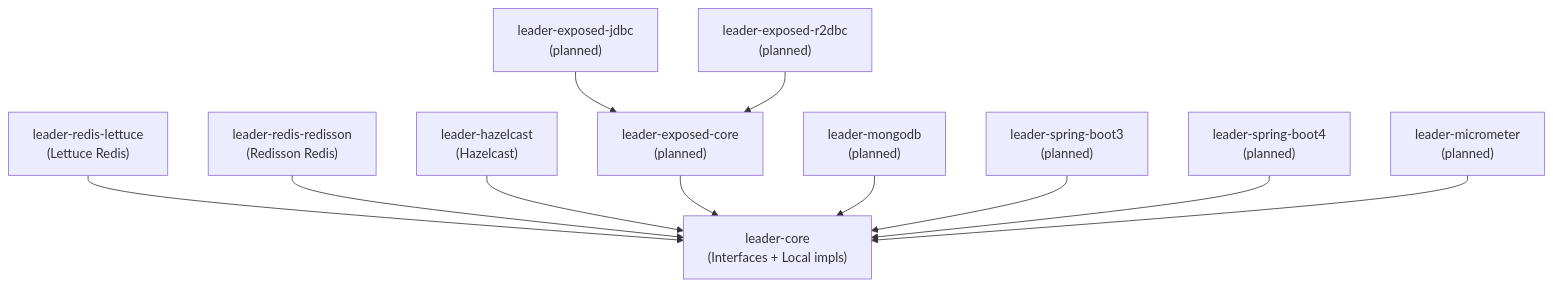
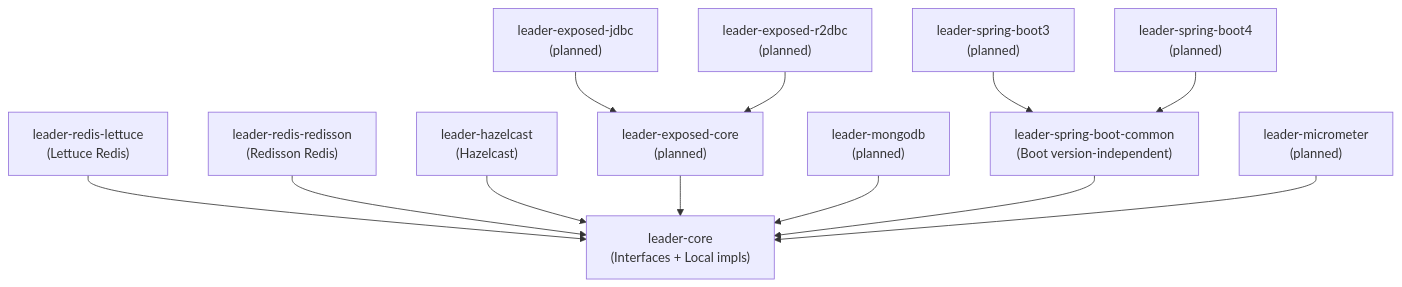
Before and after one commit to bluetape4k/bluetape4k-leader: the first of 3 diagrams in README.md, drawn with Mermaid. The commit also changed other lines of this file and 26 other files, not shown here.

````diff
--- a/README.md
+++ b/README.md
@@ -25,25 +25,27 @@
 ```mermaid
 graph TD
     Core["leader-core\n(Interfaces + Local impls)"]
     Lettuce["leader-redis-lettuce\n(Lettuce Redis)"]
     Redisson["leader-redis-redisson\n(Redisson Redis)"]
     Hazelcast["leader-hazelcast\n(Hazelcast)"]
     ExposedCore["leader-exposed-core\n(planned)"]
     ExposedJdbc["leader-exposed-jdbc\n(planned)"]
     ExposedR2dbc["leader-exposed-r2dbc\n(planned)"]
     Mongo["leader-mongodb\n(planned)"]
+    SBCommon["leader-spring-boot-common\n(Boot version-independent)"]
     SB3["leader-spring-boot3\n(planned)"]
     SB4["leader-spring-boot4\n(planned)"]
     Metrics["leader-micrometer\n(planned)"]
 
     Lettuce --> Core
     Redisson --> Core
     Hazelcast --> Core
     ExposedCore --> Core
     ExposedJdbc --> ExposedCore
     ExposedR2dbc --> ExposedCore
     Mongo --> Core
-    SB3 --> Core
-    SB4 --> Core
+    SBCommon --> Core
+    SB3 --> SBCommon
+    SB4 --> SBCommon
     Metrics --> Core
 ```
````
